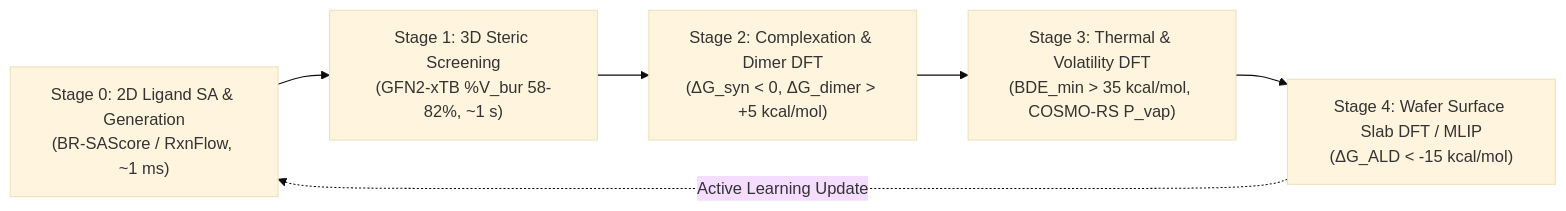
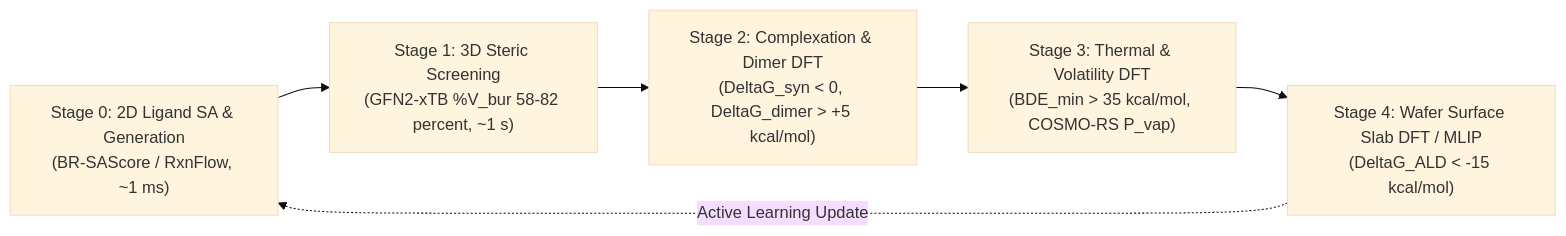
The second of 2 diagrams in README.md (DonghLee57/study_synthetic_accessibility), drawn with Mermaid (base theme) before and after one commit. The commit also changed other lines of this file and 23 other files, not shown here.

````diff
--- a/README.md
+++ b/README.md
@@ -173,8 +189,8 @@
 ```mermaid
 flowchart LR
-    A["Stage 0: 2D Ligand SA & Generation<br>(BR-SAScore / RxnFlow, ~1 ms)"] --> B["Stage 1: 3D Steric Screening<br>(GFN2-xTB %V_bur 58-82%, ~1 s)"]
-    B --> C["Stage 2: Complexation & Dimer DFT<br>(&Delta;G_syn &lt; 0, &Delta;G_dimer &gt; +5 kcal/mol)"]
-    C --> D["Stage 3: Thermal & Volatility DFT<br>(BDE_min &gt; 35 kcal/mol, COSMO-RS P_vap)"]
-    D --> E["Stage 4: Wafer Surface Slab DFT / MLIP<br>(&Delta;G_ALD &lt; -15 kcal/mol)"]
+    A["Stage 0: 2D Ligand SA & Generation<br>(BR-SAScore / RxnFlow, ~1 ms)"] --> B["Stage 1: 3D Steric Screening<br>(GFN2-xTB %V_bur 58-82 percent, ~1 s)"]
+    B --> C["Stage 2: Complexation & Dimer DFT<br>(DeltaG_syn < 0, DeltaG_dimer > +5 kcal/mol)"]
+    C --> D["Stage 3: Thermal & Volatility DFT<br>(BDE_min > 35 kcal/mol, COSMO-RS P_vap)"]
+    D --> E["Stage 4: Wafer Surface Slab DFT / MLIP<br>(DeltaG_ALD < -15 kcal/mol)"]
     E -.->|"Active Learning Update"| A
 ```
````
